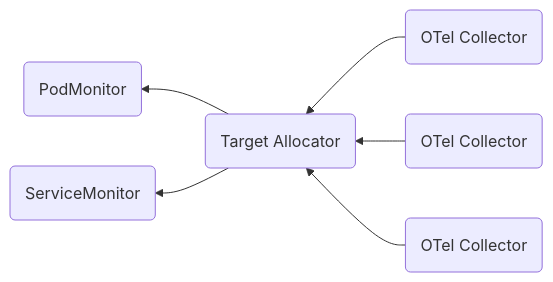
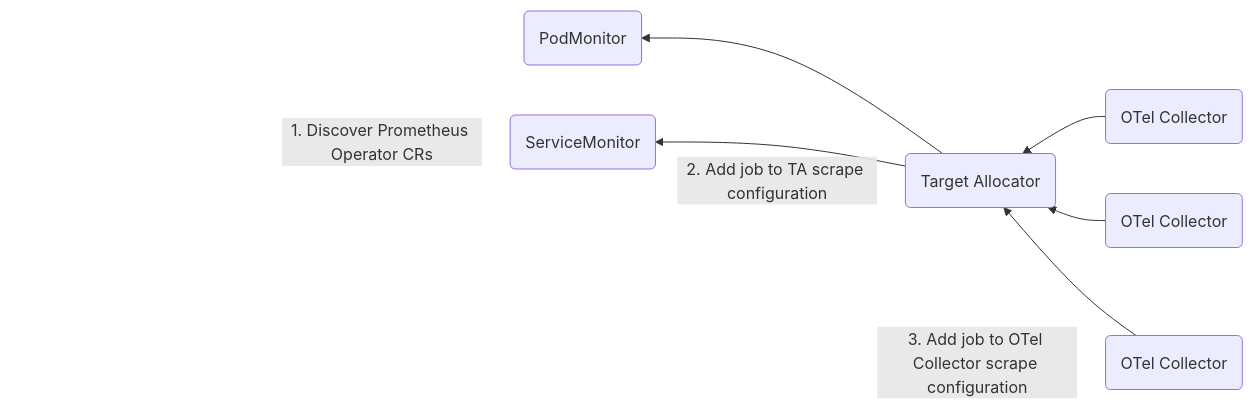
Before and after one commit to open-telemetry/opentelemetry-operator: the second of 2 diagrams in cmd/otel-allocator/README.md, drawn with Mermaid.

Commit message:
Add mermaid diagrams

````diff
--- a/cmd/otel-allocator/README.md
+++ b/cmd/otel-allocator/README.md
@@ -35,14 +35,17 @@
 ```mermaid
 flowchart RL
   pm(PodMonitor)
   sm(ServiceMonitor)
   ta(Target Allocator)
   oc1(OTel Collector)
   oc2(OTel Collector)
   oc3(OTel Collector)
   ta --> pm
   ta --> sm
   oc1 --> ta
   oc2 --> ta
   oc3 --> ta
+  sm ~~~|"1. Discover Prometheus Operator CRs"| sm
+  ta ~~~|"2. Add job to TA scrape configuration"| ta
+  oc3 ~~~|"3. Add job to OTel Collector scrape configuration"| oc3
 ```
````
